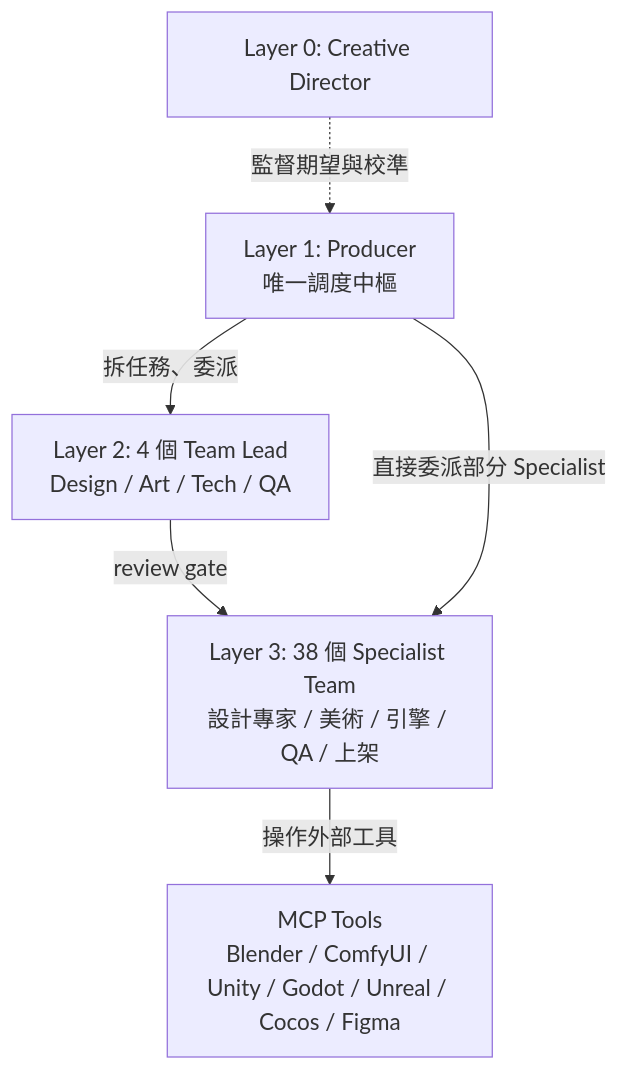
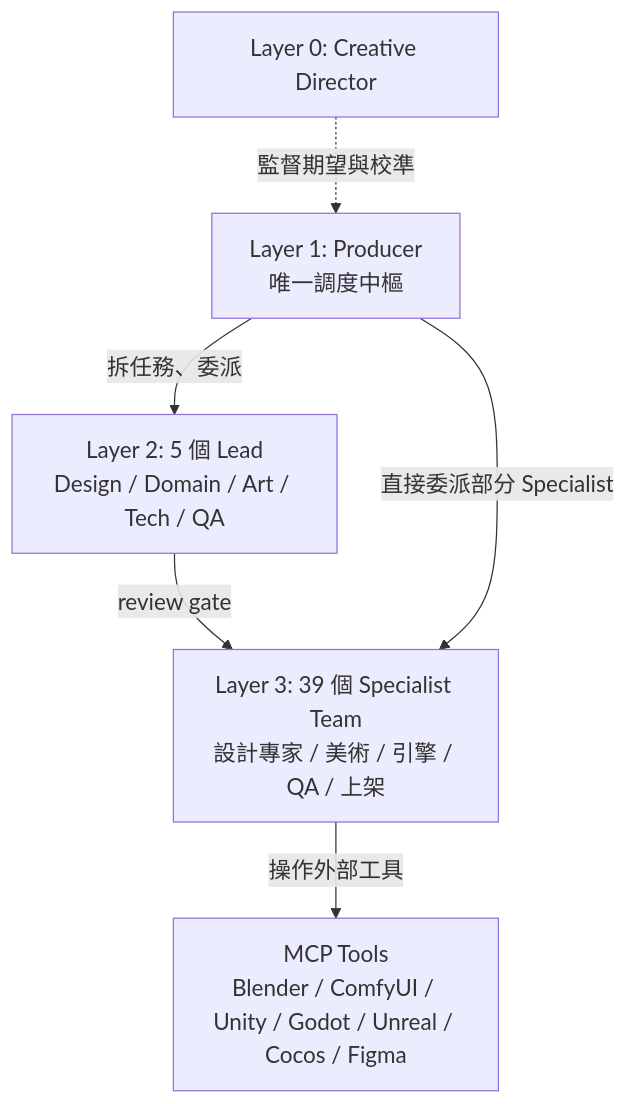
Before and after one commit to hoycdanny/kiro-multi-agent-game-studio: the first of 2 diagrams in README.md, drawn with Mermaid. The commit also changed other lines of this file and 7 other files, not shown here.

````diff
--- a/README.md
+++ b/README.md
@@ -275,15 +276,15 @@
 ```mermaid
 %%{init: {'themeVariables': {'fontSize': '18px'}}}%%
 graph TD
     CD[Layer 0: Creative Director]
     P[Layer 1: Producer<br/>唯一調度中樞]
-    L2[Layer 2: 4 個 Team Lead<br/>Design / Art / Tech / QA]
-    L3[Layer 3: 38 個 Specialist Team<br/>設計專家 / 美術 / 引擎 / QA / 上架]
+    L2[Layer 2: 5 個 Lead<br/>Design / Domain / Art / Tech / QA]
+    L3[Layer 3: 39 個 Specialist Team<br/>設計專家 / 美術 / 引擎 / QA / 上架]
     MCP[MCP Tools<br/>Blender / ComfyUI / Unity / Godot / Unreal / Cocos / Figma]
 
     CD -.->|監督期望與校準| P
     P -->|拆任務、委派| L2
     L2 -->|review gate| L3
     P -->|直接委派部分 Specialist| L3
     L3 -->|操作外部工具| MCP
 ```
````
